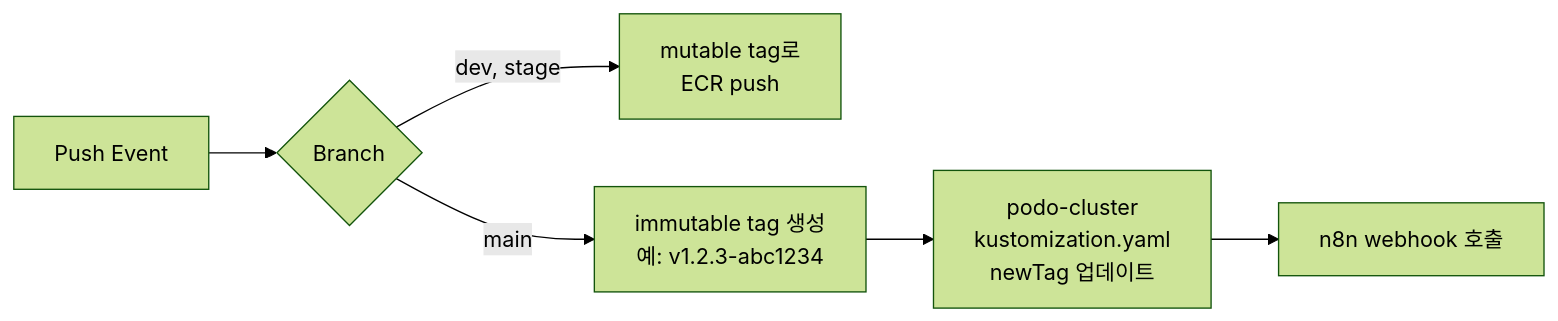
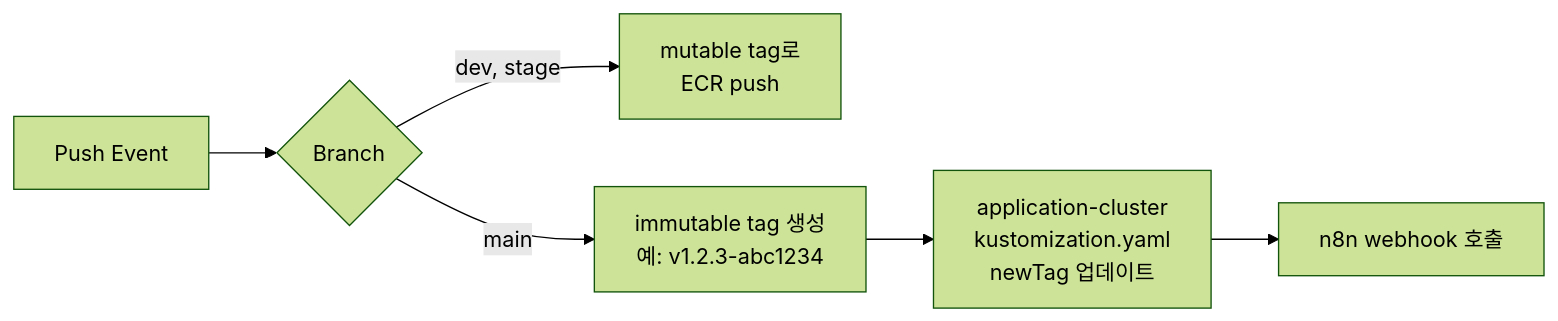
The second of 4 diagrams in content/posts/ko/gitops-argocd-n8n-deployment.md (devy1540/devy1540.github.io), drawn with Mermaid (forest theme) before and after one commit. The commit also changed other lines of this file and 36 other files, not shown here.

````diff
--- a/content/posts/ko/gitops-argocd-n8n-deployment.md
+++ b/content/posts/ko/gitops-argocd-n8n-deployment.md
@@ -64,8 +64,8 @@
 ```mermaid
 flowchart LR
     A[Push Event] --> B{Branch}
     B -->|dev, stage| C[mutable tag로\nECR push]
     B -->|main| D[immutable tag 생성\n예: v1.2.3-abc1234]
-    D --> E[podo-cluster\nkustomization.yaml\nnewTag 업데이트]
+    D --> E[application-cluster\nkustomization.yaml\nnewTag 업데이트]
     E --> F[n8n webhook 호출]
 ```
````
